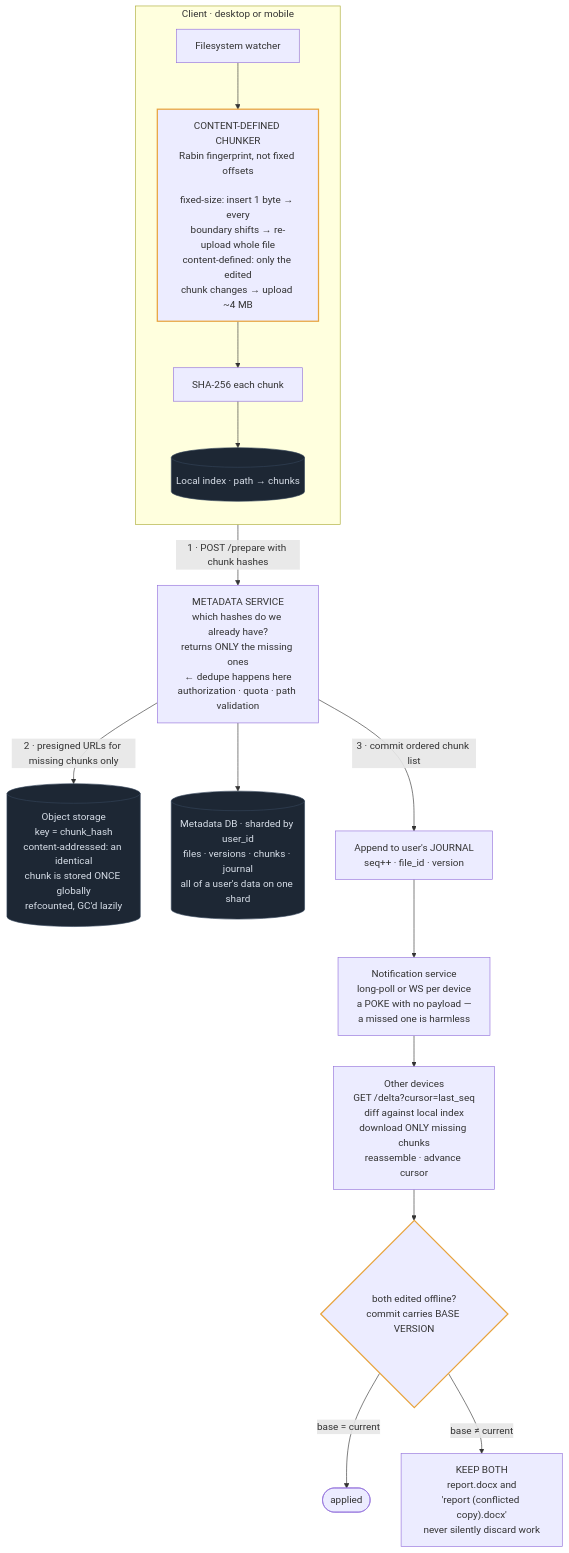
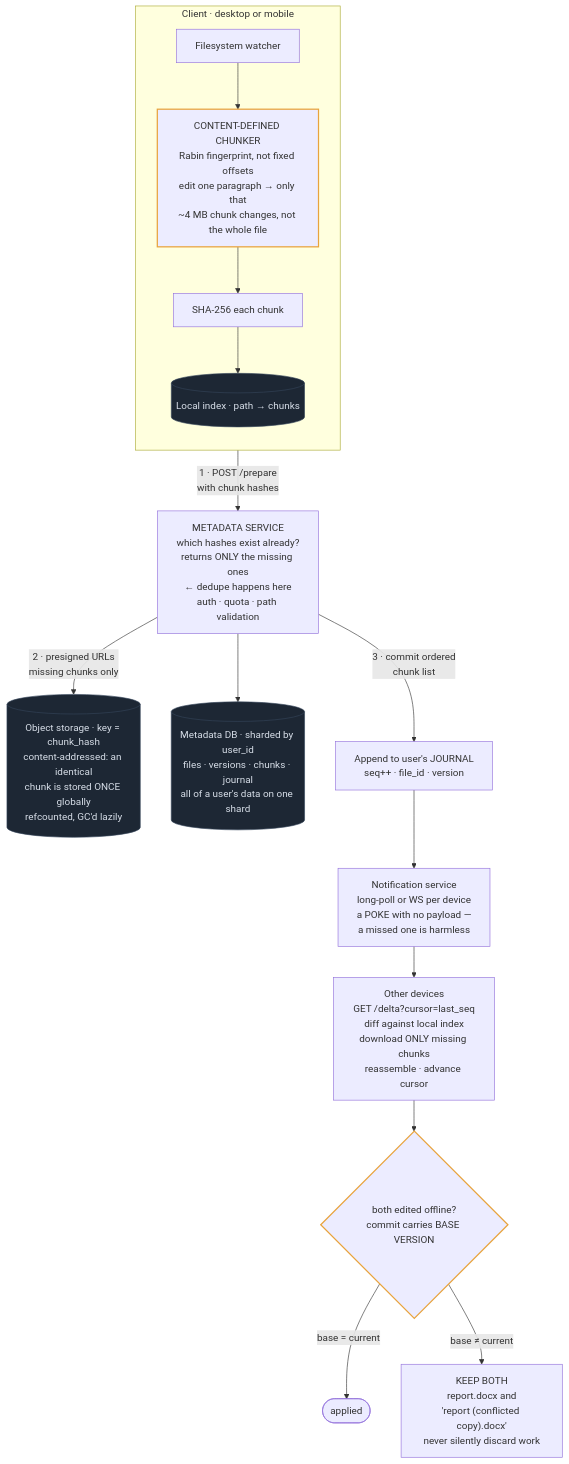
The diagram in content/designs/12-dropbox-file-sync.md (mertkahyaoglu/atlas), drawn with Mermaid before and after one commit. The commit also changed other lines of this file and 27 other files, not shown here.

First line of the commit message:
Diagram tooltips, design frontmatter panels, clearer architecture diagrams

````diff
--- a/content/designs/12-dropbox-file-sync.md
+++ b/content/designs/12-dropbox-file-sync.md
@@ -76,39 +123,30 @@
 ```mermaid
 flowchart TB
     subgraph CLIENT ["Client · desktop or mobile"]
         direction TB
         Watcher[Filesystem watcher]
-        Chunker["CONTENT-DEFINED CHUNKER<br/>Rabin fingerprint, not fixed offsets<br/><br/>fixed-size: insert 1 byte → every<br/>boundary shifts → re-upload whole file<br/>content-defined: only the edited<br/>chunk changes → upload ~4 MB"]
+        Chunker["CONTENT-DEFINED CHUNKER<br/>Rabin fingerprint, not fixed offsets<br/>edit one paragraph → only that<br/>~4 MB chunk changes, not the whole file"]
         Hasher["SHA-256 each chunk"]
         LocalIdx[("Local index · path → chunks")]
         Watcher --> Chunker --> Hasher --> LocalIdx
     end
 
-    Hasher -- "1 · POST /prepare with chunk hashes" --> Meta
+    Hasher -- "1 · POST /prepare<br/>with chunk hashes" --> Meta
+    Meta["METADATA SERVICE<br/>which hashes exist already?<br/>returns ONLY the missing ones<br/>← dedupe happens here<br/>auth · quota · path validation"]
+    Meta -- "2 · presigned URLs<br/>missing chunks only" --> Blob[("Object storage · key = chunk_hash<br/>content-addressed: an identical<br/>chunk is stored ONCE globally<br/>refcounted, GC'd lazily")]
+    Meta --> MetaDB[("Metadata DB · sharded by user_id<br/>files · versions · chunks · journal<br/>all of a user's data on one shard")]
+    Meta -- "3 · commit ordered<br/>chunk list" --> Journal["Append to user's JOURNAL<br/>seq++ · file_id · version"]
 
-    Meta["METADATA SERVICE<br/>which hashes do we already have?<br/>returns ONLY the missing ones<br/>← dedupe happens here<br/>authorization · quota · path validation"]
-
-    Meta -- "2 · presigned URLs for missing chunks only" --> Blob
-    Blob[("Object storage<br/>key = chunk_hash<br/>content-addressed: an identical<br/>chunk is stored ONCE globally<br/>refcounted, GC'd lazily")]
-
-    Meta --> MetaDB[("Metadata DB · sharded by user_id<br/>files · versions · chunks · journal<br/>all of a user's data on one shard")]
-
-    Meta -- "3 · commit ordered chunk list" --> Journal
-    Journal["Append to user's JOURNAL<br/>seq++ · file_id · version"]
-    Journal --> Notify
-
-    Notify["Notification service<br/>long-poll or WS per device<br/>a POKE with no payload —<br/>a missed one is harmless"]
-
-    Notify --> Devices
-    Devices["Other devices<br/>GET /delta?cursor=last_seq<br/>diff against local index<br/>download ONLY missing chunks<br/>reassemble · advance cursor"]
-
-    Conflict{"both edited offline?<br/>commit carries BASE VERSION"}
-    Devices --> Conflict
+    Journal --> Notify["Notification service<br/>long-poll or WS per device<br/>a POKE with no payload —<br/>a missed one is harmless"]
+    Notify --> Devices["Other devices<br/>GET /delta?cursor=last_seq<br/>diff against local index<br/>download ONLY missing chunks<br/>reassemble · advance cursor"]
+    Devices --> Conflict{"both edited offline?<br/>commit carries BASE VERSION"}
     Conflict -- "base = current" --> Applied([applied])
     Conflict -- "base ≠ current" --> Keep["KEEP BOTH<br/>report.docx and<br/>'report (conflicted copy).docx'<br/>never silently discard work"]
 
     classDef store fill:#1d2734,stroke:#35455a,color:#d7dee8
     classDef hot stroke:#e8a33d,stroke-width:2px
     class Blob,MetaDB,LocalIdx store
     class Chunker,Conflict hot
+
+    click Blob href "/docs/09-specialized-building-blocks" "Role: stores each unique chunk once, shared across all users.<br/>Trade-off: dedupe saves storage, but deletes need refcounts and lazy garbage collection."
 ```
````
